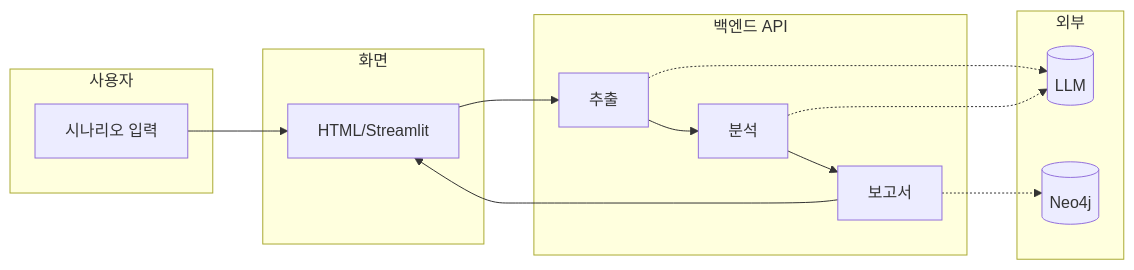
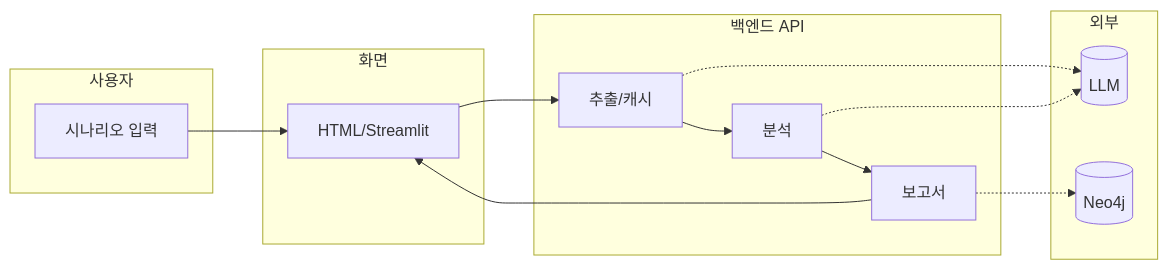
The first of 2 diagrams in docs/ARCHITECTURE.md (psych3ma/audit-chat), drawn with Mermaid before and after one commit. The commit also changed other lines of this file and 16 other files, not shown here.

Commit message:
docs: keep only ARCHITECTURE.md in repo

````diff
--- a/docs/ARCHITECTURE.md
+++ b/docs/ARCHITECTURE.md
@@ -16,26 +26,26 @@
 ```mermaid
 flowchart LR
     subgraph User["사용자"]
         A[시나리오 입력]
     end
     subgraph Front["화면"]
         B[HTML/Streamlit]
     end
     subgraph Back["백엔드 API"]
-        C[추출]
+        C[추출/캐시]
         D[분석]
         E[보고서]
     end
     subgraph External["외부"]
         F[(LLM)]
         G[(Neo4j)]
     end
     A --> B
     B --> C
     C --> D
     D --> E
     C -.-> F
     D -.-> F
     E -.-> G
     E --> B
 ```
````
